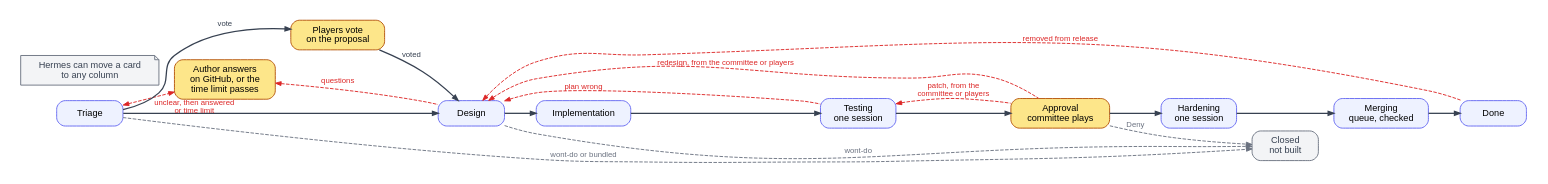
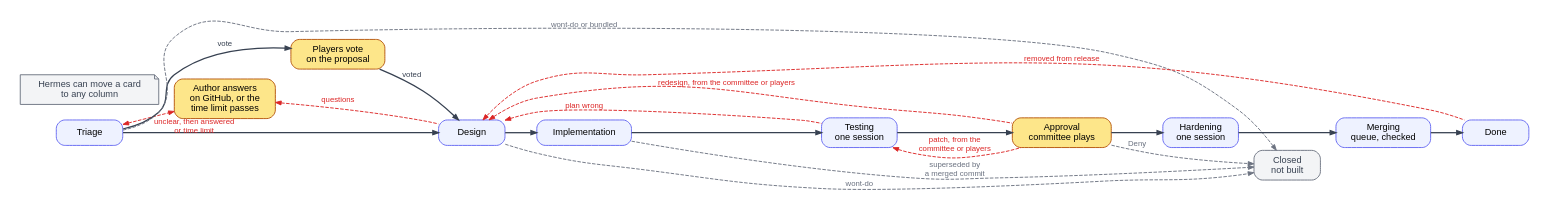
The diagram in factory/docs/diagrams/lifecycle.dot (ROAM-game-org/road-machiners), drawn with Graphviz before and after one commit. The commit also changed 9 other files, not shown here.

```diff
--- a/factory/docs/diagrams/lifecycle.dot
+++ b/factory/docs/diagrams/lifecycle.dot
@@ -1,30 +1,31 @@
 // Card lifecycle. Black: normal path. Red: loops back. Grey: ends early. Yellow: waits for people, and the author wait has a time limit.
 digraph lifecycle {
   rankdir=LR; nodesep=0.3; ranksep=0.6; bgcolor=white; pad=0.3; forcelabels=true;
   node [shape=box, style="rounded,filled", fillcolor="#eef2ff", color="#6366f1", fontname="Helvetica", fontsize=13, margin="0.2,0.1", penwidth=1.3, width=1.3];
   edge [color="#374151", penwidth=1.8, arrowsize=0.8, fontname="Helvetica", fontsize=11];
   T [label="Triage"]; D [label="Design"]; I [label="Implementation"];
   P [label="Testing\none session"]; A [label="Approval\ncommittee plays", fillcolor="#fde68a", color="#b45309"];
   H [label="Hardening\none session"]; G [label="Merging\nqueue, checked"]; M [label="Done"];
   W [label="Author answers\non GitHub, or the\ntime limit passes", fillcolor="#fde68a", color="#b45309"];
   V [label="Players vote\non the proposal", fillcolor="#fde68a", color="#b45309"];
   N [label="Hermes can move a card\nto any column", shape=note, style=filled, fillcolor="#f3f4f6", color="#6b7280", fontcolor="#374151"];
   X [label="Closed\nnot built", fillcolor="#f3f4f6", color="#6b7280", fontcolor="#374151"];
   T -> D -> I -> P -> A -> H -> G -> M [weight=100];
   // A loop is drawn as a forward edge with its arrow reversed, so it never bends the main line.
   edge [color="#dc2626", fontcolor="#dc2626", style=dashed, penwidth=1.3, dir=back, weight=0];
   T -> W [xlabel="unclear, then answered\nor time limit", dir=both, constraint=false];
   W -> D [label="questions"];
   edge [color="#374151", fontcolor="#374151", style=solid, penwidth=1.8, dir=forward, weight=0];
   T -> V [label="vote"];
   V -> D [label="voted"];
   edge [color="#dc2626", fontcolor="#dc2626", style=dashed, penwidth=1.3, dir=back, weight=0];
   D -> P [label="plan wrong"];
   P -> A [label="patch, from the\ncommittee or players"];
   D -> A [label="redesign, from the committee or players"];
   D -> M [label="removed from release"];
   edge [color="#6b7280", fontcolor="#6b7280", style=dashed, penwidth=1.3, dir=forward, weight=0];
   T -> X [label="wont-do or bundled"];
   D -> X [label="wont-do"];
   A -> X [label="Deny"];
+  I -> X [label="superseded by\na merged commit"];
 }
```
